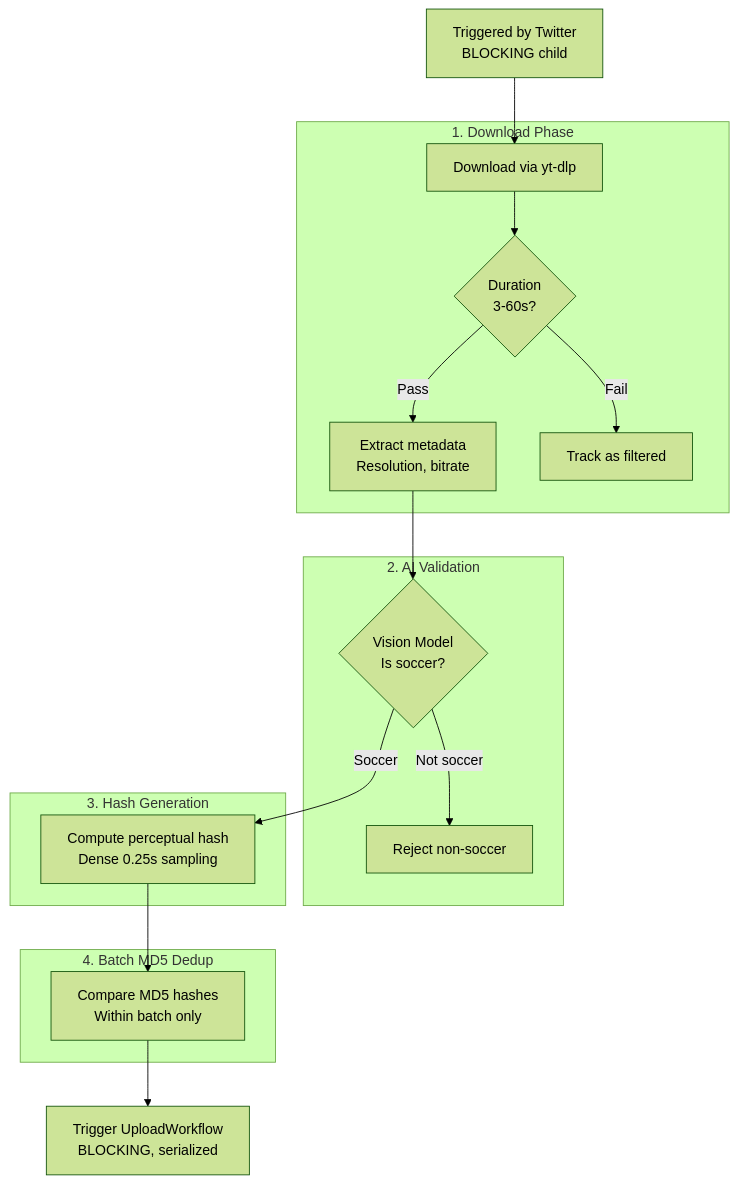
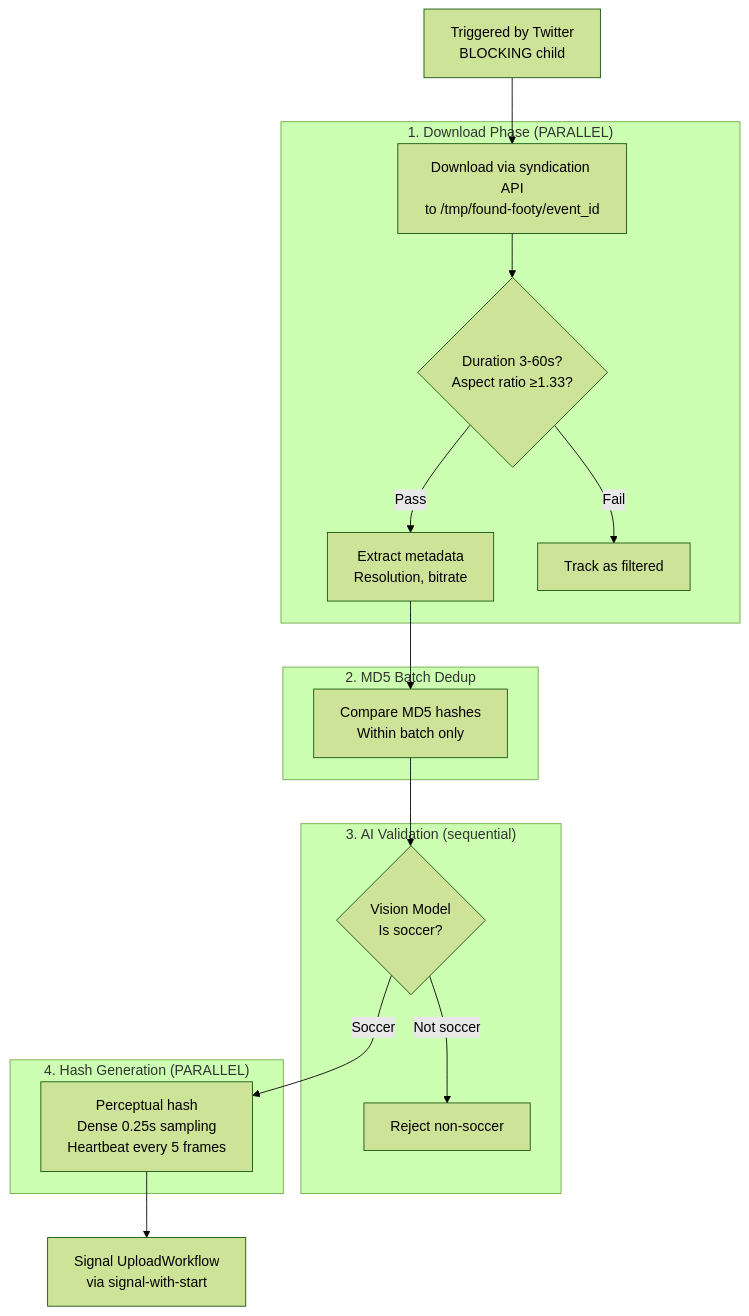
Before and after one commit to vedantadhobley/found-footy: diagram 13 of 14 in README.md, drawn with Mermaid (forest theme). The commit also changed other lines of this file and 4 other files, not shown here.

First line of the commit message:
docs: update README with multi-worker architecture and Mermaid diagrams

````diff
--- a/README.md
+++ b/README.md
@@ -580,34 +620,35 @@
 ```mermaid
 flowchart TB
     TRIGGER[Triggered by Twitter<br/>BLOCKING child]
     
-    subgraph DOWNLOAD["1. Download Phase"]
-        DL[Download via yt-dlp]
-        FILTER{Duration<br/>3-60s?}
+    subgraph DOWNLOAD["1. Download Phase (PARALLEL)"]
+        DL[Download via syndication API<br/>to /tmp/found-footy/event_id]
+        FILTER{Duration 3-60s?<br/>Aspect ratio ≥1.33?}
         META[Extract metadata<br/>Resolution, bitrate]
         FILTERED[Track as filtered]
     end
     
-    subgraph VALIDATE["2. AI Validation"]
+    subgraph DEDUP1["2. MD5 Batch Dedup"]
+        MD5[Compare MD5 hashes<br/>Within batch only]
+    end
+    
+    subgraph VALIDATE["3. AI Validation (sequential)"]
         AI{Vision Model<br/>Is soccer?}
         REJECT[Reject non-soccer]
     end
     
-    subgraph HASH["3. Hash Generation"]
-        PHASH[Compute perceptual hash<br/>Dense 0.25s sampling]
+    subgraph HASH["4. Hash Generation (PARALLEL)"]
+        PHASH[Perceptual hash<br/>Dense 0.25s sampling<br/>Heartbeat every 5 frames]
     end
     
-    subgraph DEDUP["4. Batch MD5 Dedup"]
-        MD5[Compare MD5 hashes<br/>Within batch only]
-    end
-    
-    UPLOAD[Trigger UploadWorkflow<br/>BLOCKING, serialized]
+    UPLOAD[Signal UploadWorkflow<br/>via signal-with-start]
     
     TRIGGER --> DL
     DL --> FILTER
-    FILTER -->|Pass| META --> AI
+    FILTER -->|Pass| META --> MD5
     FILTER -->|Fail| FILTERED
+    MD5 --> AI
     AI -->|Soccer| PHASH
     AI -->|Not soccer| REJECT
-    PHASH --> MD5 --> UPLOAD
+    PHASH --> UPLOAD
 ```
````
